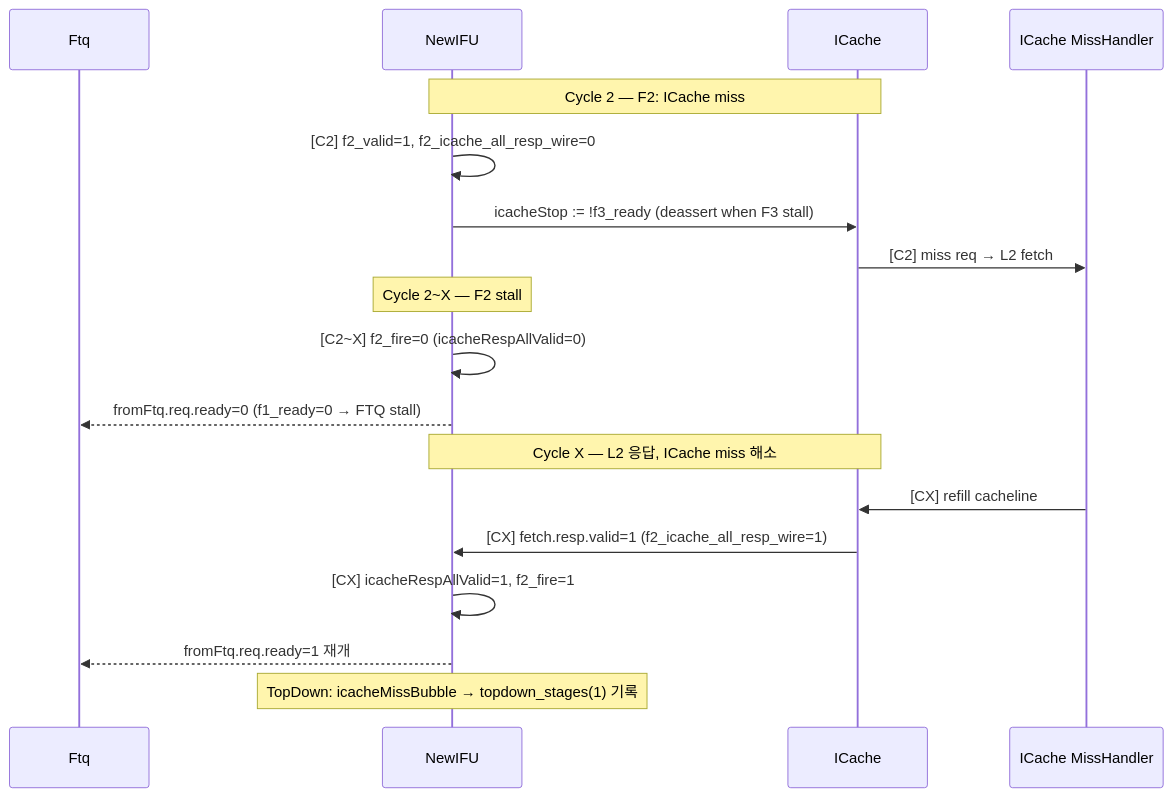
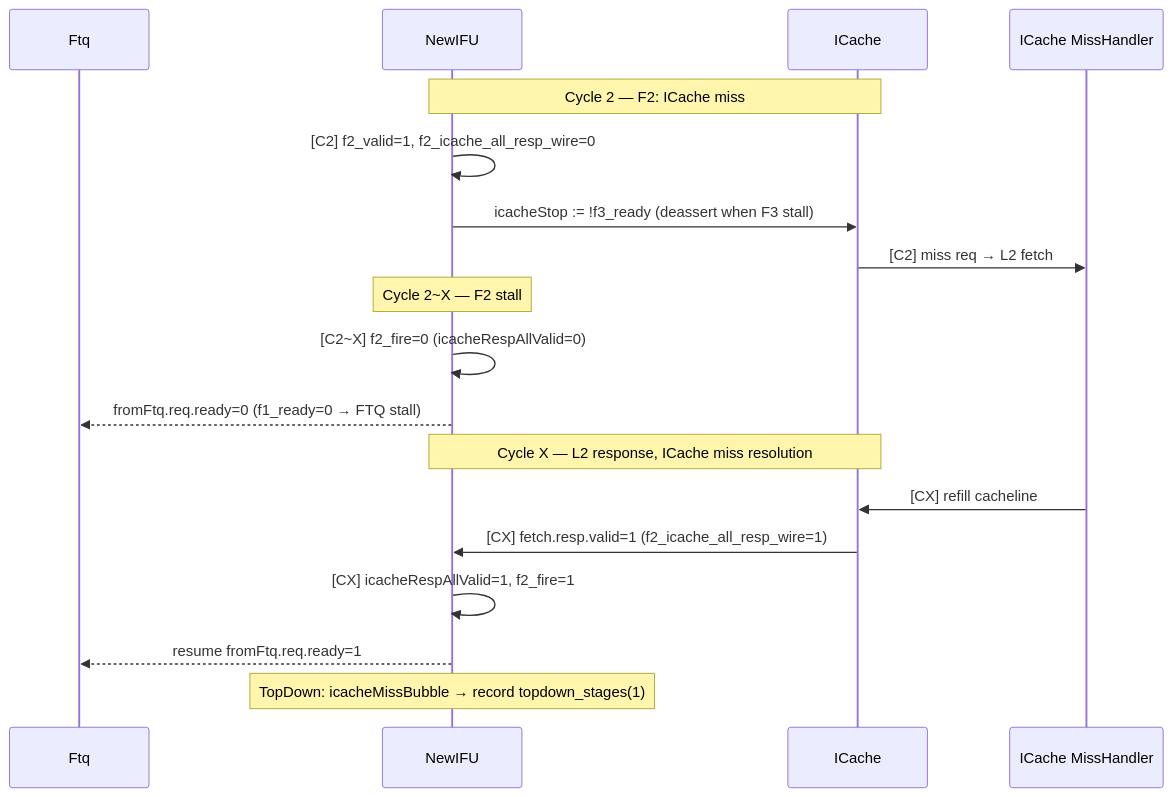
The sixth of 7 diagrams in src/main/scala/xiangshan/frontend/doc/frontend_in_out_seq_diagram.md (cinkeun/CPU_XS_02172026), drawn with Mermaid before and after one commit. The commit also changed other lines of this file and 15 other files, not shown here.

````diff
--- a/src/main/scala/xiangshan/frontend/doc/frontend_in_out_seq_diagram.md
+++ b/src/main/scala/xiangshan/frontend/doc/frontend_in_out_seq_diagram.md
@@ -292,24 +292,24 @@
 ```mermaid
 sequenceDiagram
   participant FTQ as Ftq
   participant IFU as NewIFU
   participant IC  as ICache
   participant MISS as ICache MissHandler
 
   Note over IFU,IC: Cycle 2 — F2: ICache miss
   IFU->>IFU: [C2] f2_valid=1, f2_icache_all_resp_wire=0
   IFU->>IC:  icacheStop := !f3_ready (deassert when F3 stall)
   IC->>MISS: [C2] miss req → L2 fetch
 
   Note over IFU: Cycle 2~X — F2 stall
   IFU->>IFU: [C2~X] f2_fire=0 (icacheRespAllValid=0)
   IFU-->>FTQ: fromFtq.req.ready=0 (f1_ready=0 → FTQ stall)
 
-  Note over IC,IFU: Cycle X — L2 응답, ICache miss 해소
+Note over IC,IFU: Cycle X — L2 response, ICache miss resolution
   MISS->>IC: [CX] refill cacheline
   IC->>IFU: [CX] fetch.resp.valid=1 (f2_icache_all_resp_wire=1)
   IFU->>IFU: [CX] icacheRespAllValid=1, f2_fire=1
-  IFU-->>FTQ: fromFtq.req.ready=1 재개
+IFU-->>FTQ: resume fromFtq.req.ready=1
 
-  Note over IFU: TopDown: icacheMissBubble → topdown_stages(1) 기록
+Note over IFU: TopDown: icacheMissBubble → record topdown_stages(1)
 ```
````
